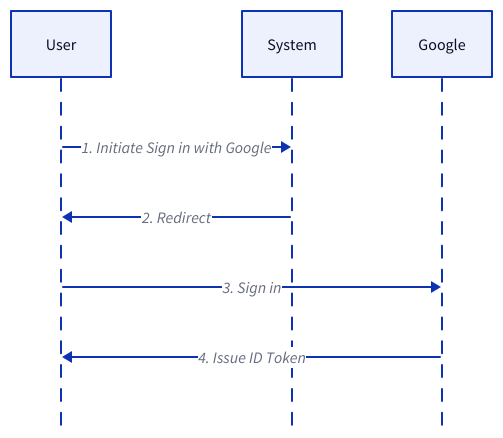
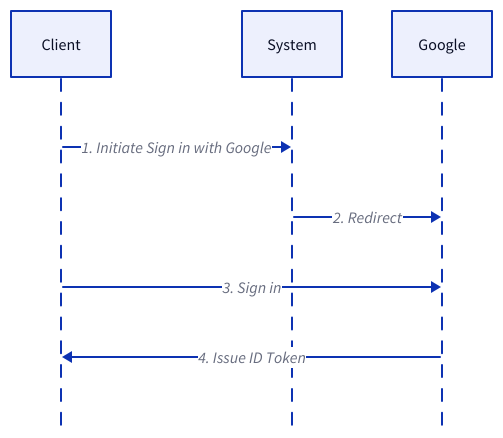
One commit to link1905/system-design-101 changed diagram 11 of 26 in content/docs/system-administration/system-protection/iam.md. Above: the diagram before and after it, drawn with D2. The commit also changed other lines of this file and 21 other files, not shown here.

````diff
--- a/content/docs/system-administration/system-protection/iam.md
+++ b/content/docs/system-administration/system-protection/iam.md
@@ -435,17 +447,17 @@
 ```d2
 shape: sequence_diagram
-u: User {
-  class: user
+u: Client {
+  class: client
 }
 cb: System {
   class: server
 }
 g: Google {
   class: google
 }
 
 u -> cb: "1. Initiate Sign in with Google"
-cb -> u: "2. Redirect"
+cb -> g: "2. Redirect"
 u -> g: "3. Sign in"
 g -> u: "4. Issue ID Token"
 ```
````
